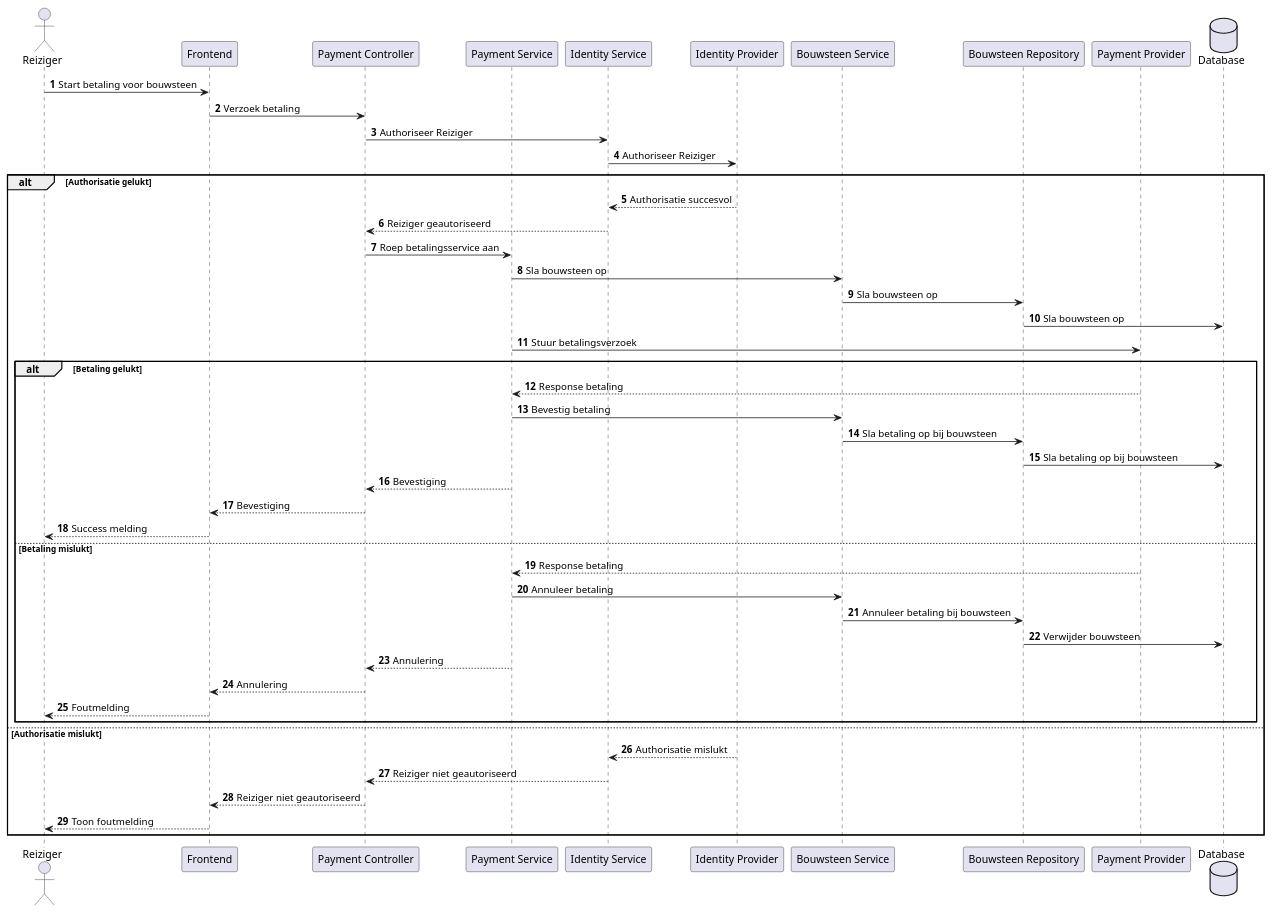
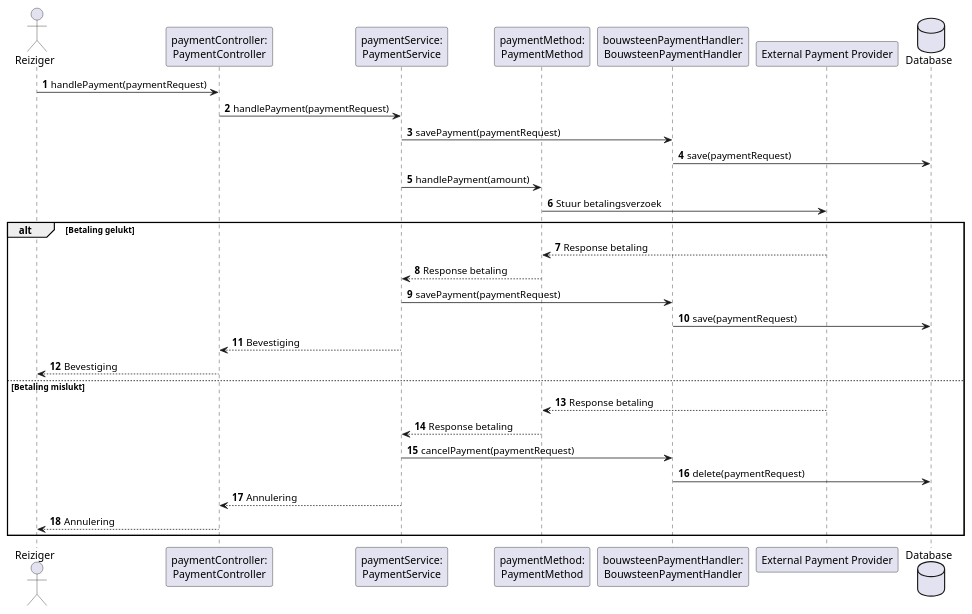
Before and after one commit to AIM-ENE-feb25/triptop-de-broederbond-fgs: the diagram in groeps-uitwerkingen/week2/sequentie-diagrammen/sequentie-diagram-Stefan.puml, drawn with PlantUML. The commit also changed 2 other files, not shown here.

Commit message:
sequentie diagram

```diff
--- a/groeps-uitwerkingen/week2/sequentie-diagrammen/sequentie-diagram-Stefan.puml
+++ b/groeps-uitwerkingen/week2/sequentie-diagrammen/sequentie-diagram-Stefan.puml
@@ -1,55 +1,38 @@
 @startuml
 
 autonumber
 
 actor Reiziger
-participant "Frontend" as frontend
-participant "Payment Controller" as paymentController
-participant "Payment Service" as paymentService
-participant "Identity Service" as identityService
-participant "Identity Provider" as identityProvider
-participant "Bouwsteen Service" as bouwsteenService
-participant "Bouwsteen Repository" as bouwsteenRepository
-participant "Payment Provider" as paymentProvider
+participant "paymentController:\nPaymentController" as paymentController
+participant "paymentService:\nPaymentService" as paymentService
+participant "paymentMethod:\nPaymentMethod" as paymentMethod
+participant "bouwsteenPaymentHandler:\nBouwsteenPaymentHandler" as bouwsteenPaymentHandler
+participant "External Payment Provider" as paymentProvider
 database "Database" as database
 
-Reiziger -> frontend : Start betaling voor bouwsteen
-frontend -> paymentController : Verzoek betaling
-paymentController -> identityService : Authoriseer Reiziger
-identityService -> identityProvider : Authoriseer Reiziger
+Reiziger -> paymentController : handlePayment(paymentRequest)
 
-alt Authorisatie gelukt
-    identityProvider --> identityService : Authorisatie succesvol
-    identityService --> paymentController : Reiziger geautoriseerd
 
-    paymentController -> paymentService : Roep betalingsservice aan
-    paymentService -> bouwsteenService : Sla bouwsteen op
-    bouwsteenService -> bouwsteenRepository : Sla bouwsteen op
-    bouwsteenRepository -> database : Sla bouwsteen op
-    paymentService -> paymentProvider : Stuur betalingsverzoek
+paymentController -> paymentService : handlePayment(paymentRequest)
+paymentService -> bouwsteenPaymentHandler : savePayment(paymentRequest)
+bouwsteenPaymentHandler -> database : save(paymentRequest)
+paymentService -> paymentMethod : handlePayment(amount)
+paymentMethod -> paymentProvider : Stuur betalingsverzoek
 
-    alt Betaling gelukt
-        paymentProvider --> paymentService : Response betaling
-        paymentService -> bouwsteenService : Bevestig betaling
-        bouwsteenService -> bouwsteenRepository : Sla betaling op bij bouwsteen
-        bouwsteenRepository -> database : Sla betaling op bij bouwsteen
-        paymentService --> paymentController : Bevestiging
-        paymentController --> frontend : Bevestiging
-        frontend --> Reiziger : Success melding
-    else Betaling mislukt
-        paymentProvider --> paymentService : Response betaling
-        paymentService -> bouwsteenService : Annuleer betaling
-        bouwsteenService -> bouwsteenRepository : Annuleer betaling bij bouwsteen
-        bouwsteenRepository -> database : Verwijder bouwsteen
-        paymentService --> paymentController : Annulering
-        paymentController --> frontend : Annulering
-        frontend --> Reiziger : Foutmelding
-    end
-else Authorisatie mislukt
-    identityProvider --> identityService : Authorisatie mislukt
-    identityService --> paymentController : Reiziger niet geautoriseerd
-    paymentController --> frontend : Reiziger niet geautoriseerd
-    frontend --> Reiziger : Toon foutmelding
+alt Betaling gelukt
+    paymentProvider --> paymentMethod : Response betaling
+    paymentMethod --> paymentService : Response betaling
+    paymentService -> bouwsteenPaymentHandler : savePayment(paymentRequest)
+    bouwsteenPaymentHandler -> database : save(paymentRequest)
+    paymentService --> paymentController : Bevestiging
+    paymentController --> Reiziger : Bevestiging
+else Betaling mislukt
+    paymentProvider --> paymentMethod : Response betaling
+    paymentMethod --> paymentService : Response betaling
+    paymentService -> bouwsteenPaymentHandler : cancelPayment(paymentRequest)
+    bouwsteenPaymentHandler -> database : delete(paymentRequest)
+    paymentService --> paymentController : Annulering
+    paymentController --> Reiziger : Annulering
 end
 
 @enduml
```
